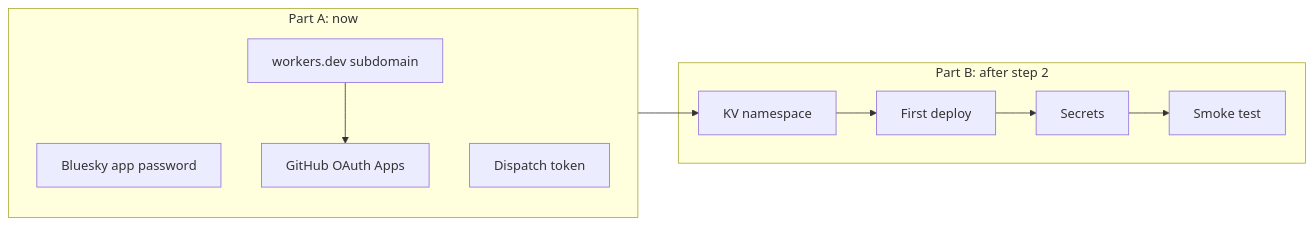
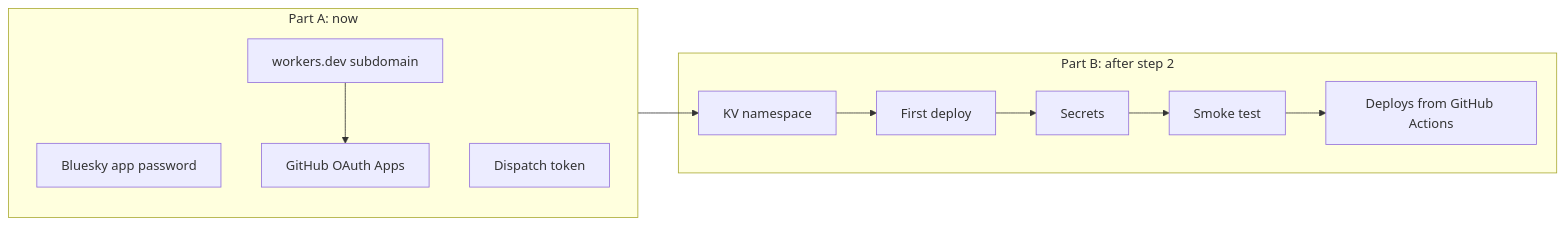
One commit to jlawcordova/jlawcordova-atproto changed the diagram in docs/setup.md. Above: the diagram before and after it, drawn with Mermaid. The commit also changed other lines of this file and 1 other file, not shown here.

Commit message:
Add GitHub Actions workflow to test and deploy jlawcordova-mcp (#6)

````diff
--- a/docs/setup.md
+++ b/docs/setup.md
@@ -11,17 +11,18 @@
 ```mermaid
 flowchart LR
     subgraph A["Part A: now"]
         A1["Bluesky app password"]
         A2["Dispatch token"]
         A3["workers.dev subdomain"]
         A4["GitHub OAuth Apps"]
     end
     subgraph B["Part B: after step 2"]
         B1["KV namespace"]
         B2["First deploy"]
         B3["Secrets"]
         B4["Smoke test"]
+        B5["Deploys from GitHub Actions"]
     end
     A3 --> A4
-    A --> B1 --> B2 --> B3 --> B4
+    A --> B1 --> B2 --> B3 --> B4 --> B5
 ```
````
